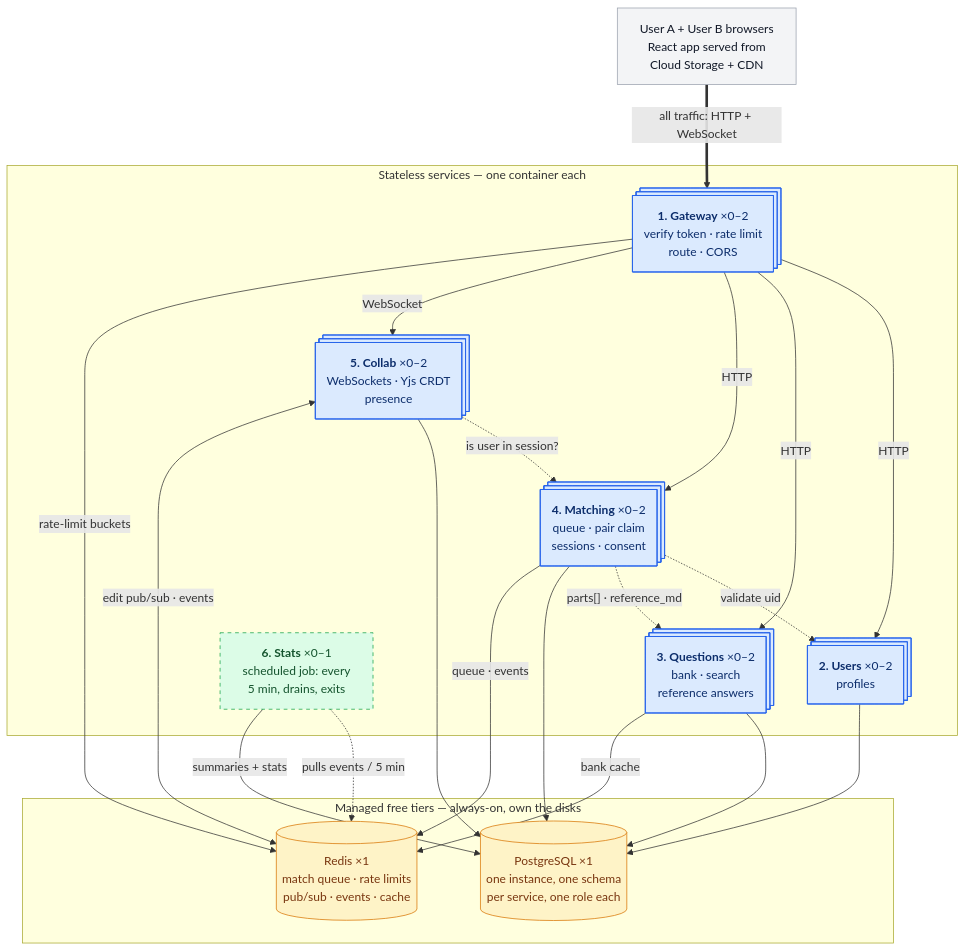
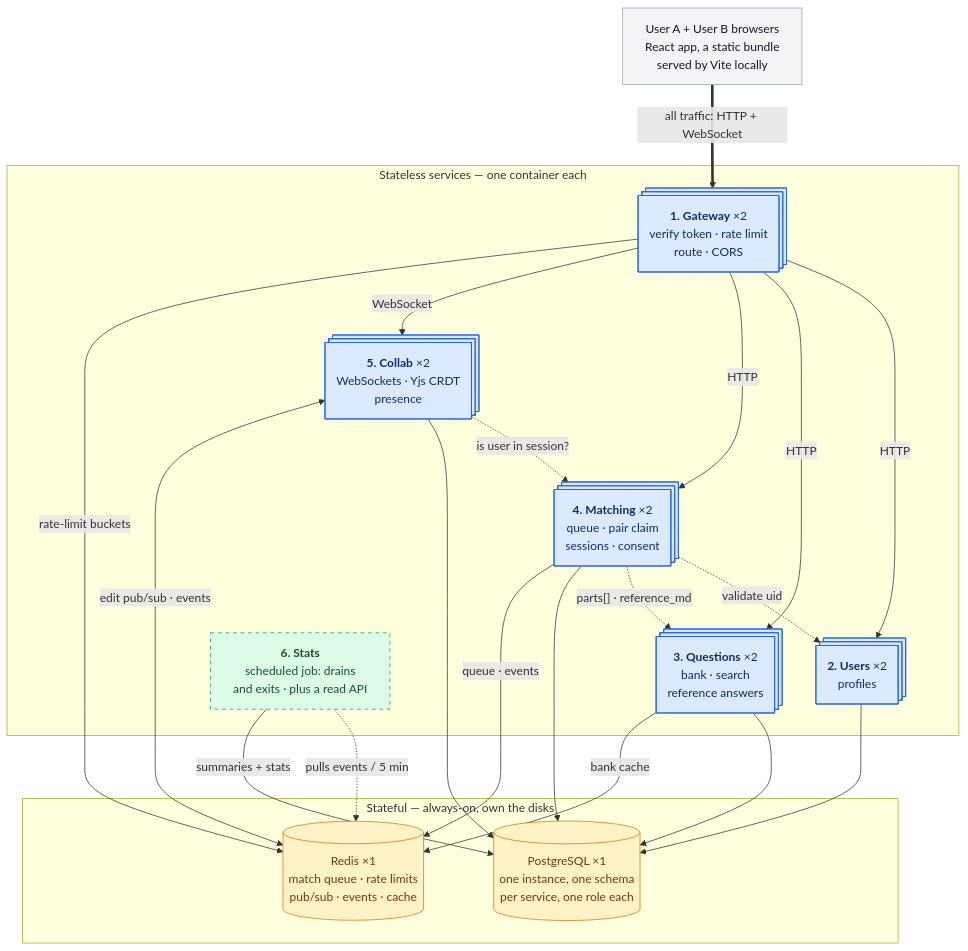
One commit to Wnayar/deepcs changed the first of 2 diagrams in docs/system/00-overview.md. Above: the diagram before and after it, drawn with Mermaid. The commit also changed other lines of this file and 20 other files, not shown here.

````diff
--- a/docs/system/00-overview.md
+++ b/docs/system/00-overview.md
@@ -95,48 +106,48 @@
 ```mermaid
 %%{init: {"flowchart": {"nodeSpacing": 45, "rankSpacing": 60}}}%%
 flowchart TD
-    U["User A + User B browsers<br/>React app served from<br/>Cloud Storage + CDN"]
+    U["User A + User B browsers<br/>React app, a static bundle<br/>served by Vite locally"]
 
     U ==>|"all traffic: HTTP + WebSocket"| GW
 
     subgraph RUN["Stateless services — one container each"]
-        GW@{ shape: procs, label: "<b>1. Gateway</b> ×0–2<br/>verify token · rate limit<br/>route · CORS" }
-        USR@{ shape: procs, label: "<b>2. Users</b> ×0–2<br/>profiles" }
-        QST@{ shape: procs, label: "<b>3. Questions</b> ×0–2<br/>bank · search<br/>reference answers" }
-        MCH@{ shape: procs, label: "<b>4. Matching</b> ×0–2<br/>queue · pair claim<br/>sessions · consent" }
-        COL@{ shape: procs, label: "<b>5. Collab</b> ×0–2<br/>WebSockets · Yjs CRDT<br/>presence" }
-        STA["<b>6. Stats</b> ×0–1<br/>scheduled job: every<br/>5 min, drains, exits"]
+        GW@{ shape: procs, label: "<b>1. Gateway</b> ×2<br/>verify token · rate limit<br/>route · CORS" }
+        USR@{ shape: procs, label: "<b>2. Users</b> ×2<br/>profiles" }
+        QST@{ shape: procs, label: "<b>3. Questions</b> ×2<br/>bank · search<br/>reference answers" }
+        MCH@{ shape: procs, label: "<b>4. Matching</b> ×2<br/>queue · pair claim<br/>sessions · consent" }
+        COL@{ shape: procs, label: "<b>5. Collab</b> ×2<br/>WebSockets · Yjs CRDT<br/>presence" }
+        STA["<b>6. Stats</b><br/>scheduled job: drains<br/>and exits · plus a read API"]
     end
 
-    subgraph DATA["Managed free tiers — always-on, own the disks"]
+    subgraph DATA["Stateful — always-on, own the disks"]
         PG[("PostgreSQL ×1<br/>one instance, one schema<br/>per service, one role each")]
         RD[("Redis ×1<br/>match queue · rate limits<br/>pub/sub · events · cache")]
     end
 
     GW -->|HTTP| USR
     GW -->|HTTP| QST
     GW -->|HTTP| MCH
     GW -->|WebSocket| COL
     GW -->|"rate-limit buckets"| RD
     MCH -.->|"validate uid"| USR
     MCH -.->|"parts[] · reference_md"| QST
     COL -.->|"is user in session?"| MCH
     USR --> PG
     QST --> PG
     MCH --> PG
     COL --> PG
     QST -->|"bank cache"| RD
     MCH -->|"queue · events"| RD
     COL <-->|"edit pub/sub · events"| RD
     STA -.->|"pulls events / 5 min"| RD
     STA -->|"summaries + stats"| PG
 
     classDef client fill:#f3f4f6,stroke:#9ca3af,color:#111827
     classDef ephemeral fill:#dbeafe,stroke:#2563eb,color:#0c2d6b
     classDef scheduled fill:#dcfce7,stroke:#16a34a,color:#14532d,stroke-dasharray: 5 5
     classDef stateful fill:#fef3c7,stroke:#d97706,color:#78350f
     class U client
     class GW,USR,QST,MCH,COL ephemeral
     class STA scheduled
     class PG,RD stateful
 ```
````
